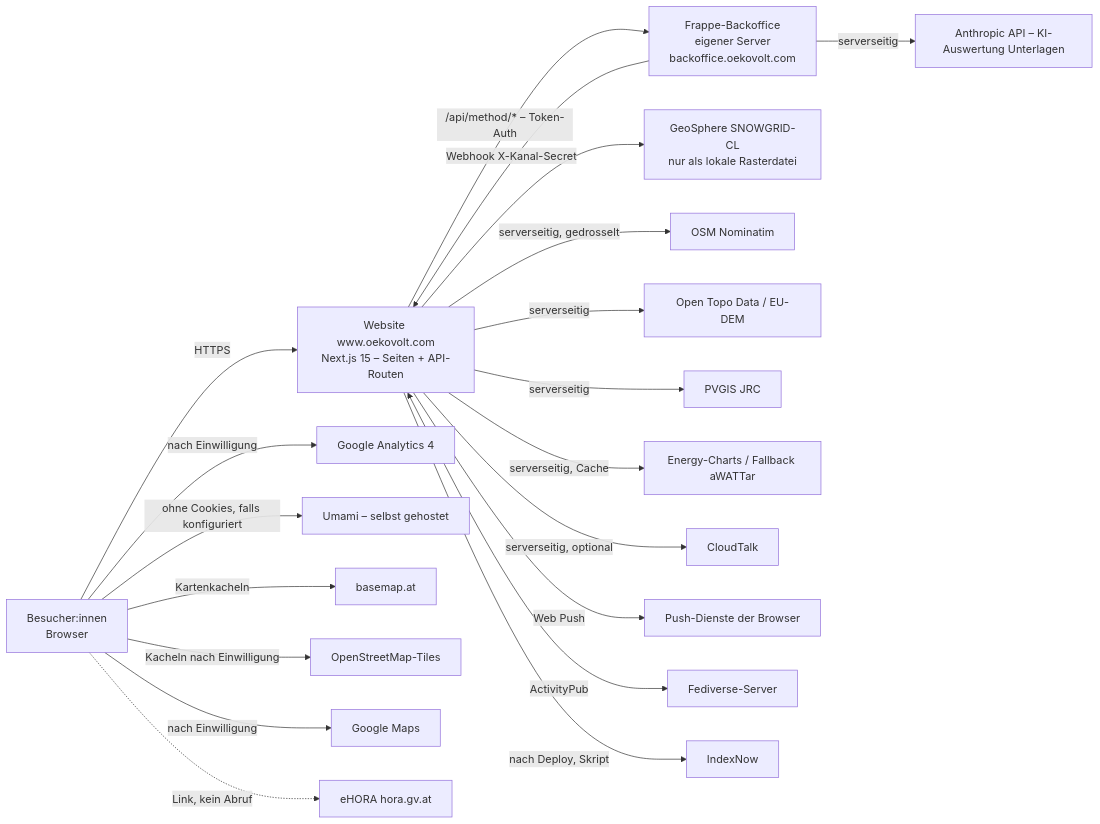
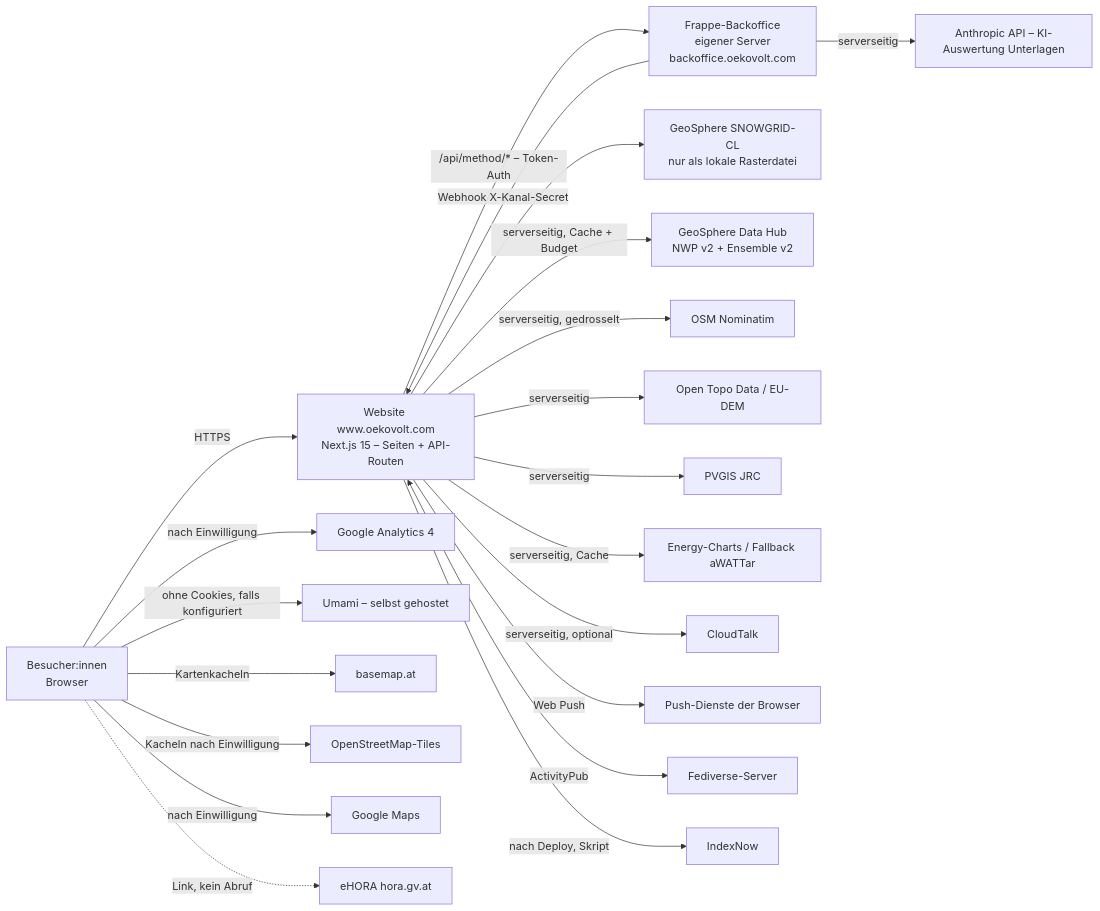
Before and after one commit to Oekovolt-AT-Web/Oekovolt-FE-AT: the first of 5 diagrams in docs/projekt-doku/02-architektur.md, drawn with Mermaid. The commit also changed other lines of this file and 168 other files, not shown here.

````diff
--- a/docs/projekt-doku/02-architektur.md
+++ b/docs/projekt-doku/02-architektur.md
@@ -18,22 +18,23 @@
 ```mermaid
 flowchart LR
   B[Besucher:innen<br/>Browser] -->|HTTPS| W[Website www.oekovolt.com<br/>Next.js 15 – Seiten + API-Routen]
   W -->|"/api/method/* – Token-Auth"| F[Frappe-Backoffice<br/>eigener Server<br/>backoffice.oekovolt.com]
   F -->|Webhook X-Kanal-Secret| W
   W --> GEO[GeoSphere SNOWGRID-CL<br/>nur als lokale Rasterdatei]
+  W -->|serverseitig, Cache + Budget| NWP[GeoSphere Data Hub<br/>NWP v2 + Ensemble v2]
   W -->|serverseitig, gedrosselt| NOM[OSM Nominatim]
   W -->|serverseitig| OTD[Open Topo Data / EU-DEM]
   W -->|serverseitig| PVG[PVGIS JRC]
   W -->|serverseitig, Cache| EC[Energy-Charts / Fallback aWATTar]
   W -->|serverseitig, optional| CT[CloudTalk]
   W -->|Web Push| PUSH[Push-Dienste der Browser]
   W <-->|ActivityPub| FEDI[Fediverse-Server]
   F -->|serverseitig| ANT[Anthropic API – KI-Auswertung Unterlagen]
   B -->|nach Einwilligung| GA[Google Analytics 4]
   B -->|ohne Cookies, falls konfiguriert| UM[Umami – selbst gehostet]
   B -->|Kartenkacheln| BM[basemap.at]
   B -->|Kacheln nach Einwilligung| OSM[OpenStreetMap-Tiles]
   B -->|nach Einwilligung| GM[Google Maps]
   B -. "Link, kein Abruf" .-> HORA[eHORA hora.gv.at]
   W -->|nach Deploy, Skript| IDX[IndexNow]
 ```
````
